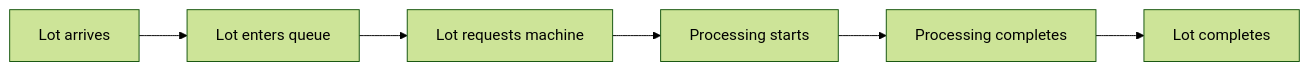
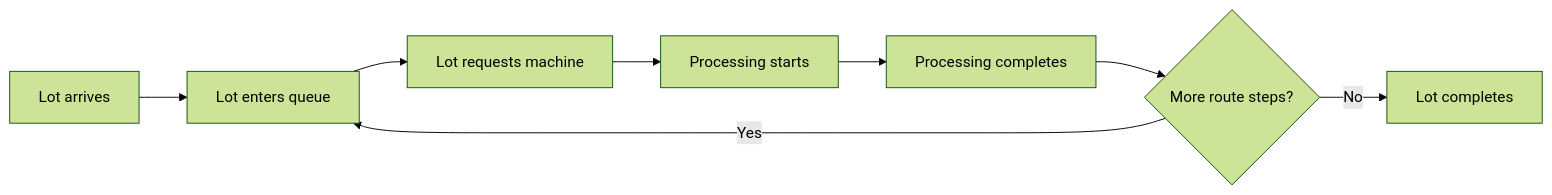
One commit to j22868706/sideproject_fabflow changed the first of 2 diagrams in README.md. Above: the diagram before and after it, drawn with Mermaid (forest theme). The commit also changed other lines of this file and 9 other files, not shown here.

````diff
--- a/README.md
+++ b/README.md
@@ -82,8 +85,10 @@
 ```mermaid
 flowchart LR
     A[Lot arrives] --> Q[Lot enters queue]
     Q --> W[Lot requests machine]
     W --> P[Processing starts]
     P --> C[Processing completes]
-    C --> D[Lot completes]
+    C --> N{More route steps?}
+    N -->|Yes| Q
+    N -->|No| D[Lot completes]
 ```
````
